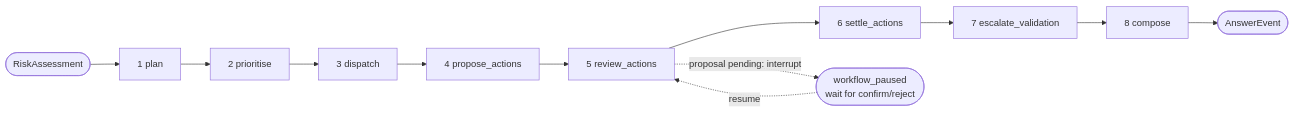
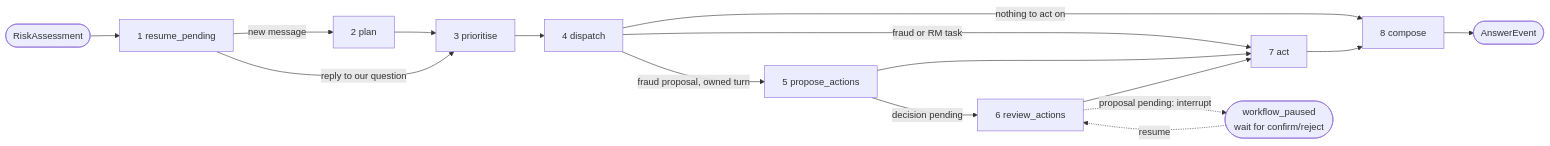
One commit to deniseLie/IS4000_Group7 changed the second of 6 diagrams in docs/architecture.md. Above: the diagram before and after it, drawn with Mermaid. The commit also changed other lines of this file and 10 other files, not shown here.

First line of the commit message:
refactor(orchestrator): add conditional edges, resume_pending and act nodes

````diff
--- a/docs/architecture.md
+++ b/docs/architecture.md
@@ -277,5 +277,10 @@
 ```mermaid
 flowchart LR
-  IN(["RiskAssessment"]) --> P["1 plan"] --> R["2 prioritise"] --> D["3 dispatch"] --> PA["4 propose_actions"] --> RA["5 review_actions"] --> SA["6 settle_actions"] --> EV["7 escalate_validation"] --> C["8 compose"] --> OUT(["AnswerEvent"])
+  IN(["RiskAssessment"]) --> RP["1 resume_pending"] -->|new message| P["2 plan"] --> R["3 prioritise"] --> D["4 dispatch"]
+  RP -->|reply to our question| R
+  D -->|nothing to act on| C["8 compose"] --> OUT(["AnswerEvent"])
+  D -->|fraud or RM task| A["7 act"] --> C
+  D -->|fraud proposal, owned turn| PA["5 propose_actions"] --> A
+  PA -->|decision pending| RA["6 review_actions"] --> A
   RA -. "proposal pending: interrupt" .-> W(["workflow_paused<br/>wait for confirm/reject"]) -. "resume" .-> RA
 ```
````
